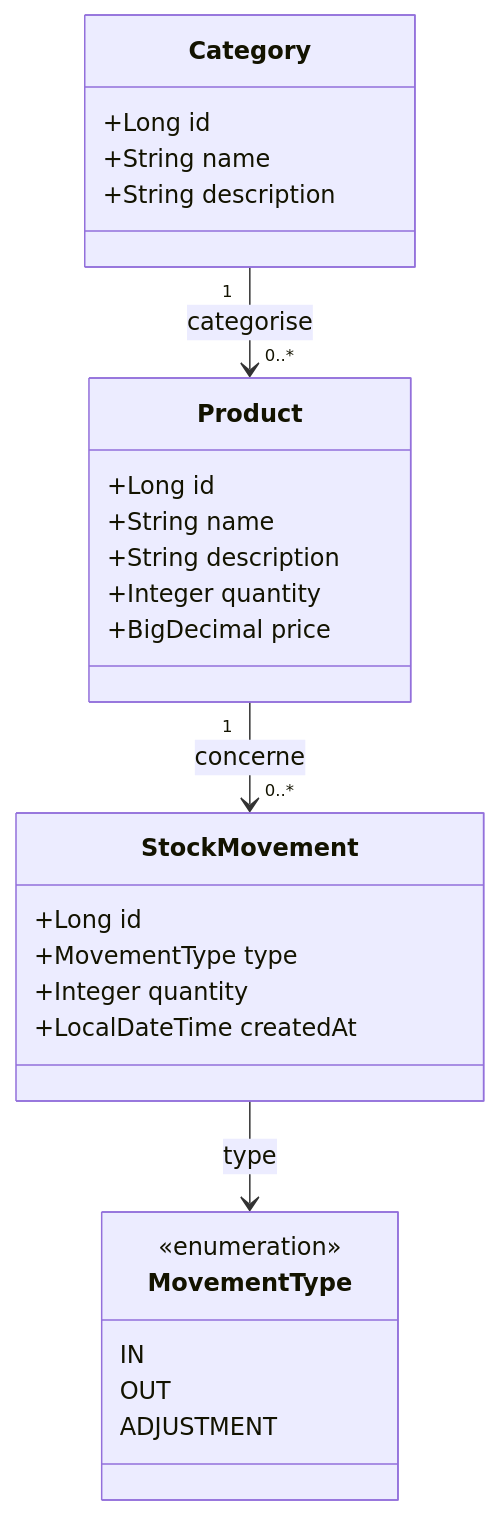
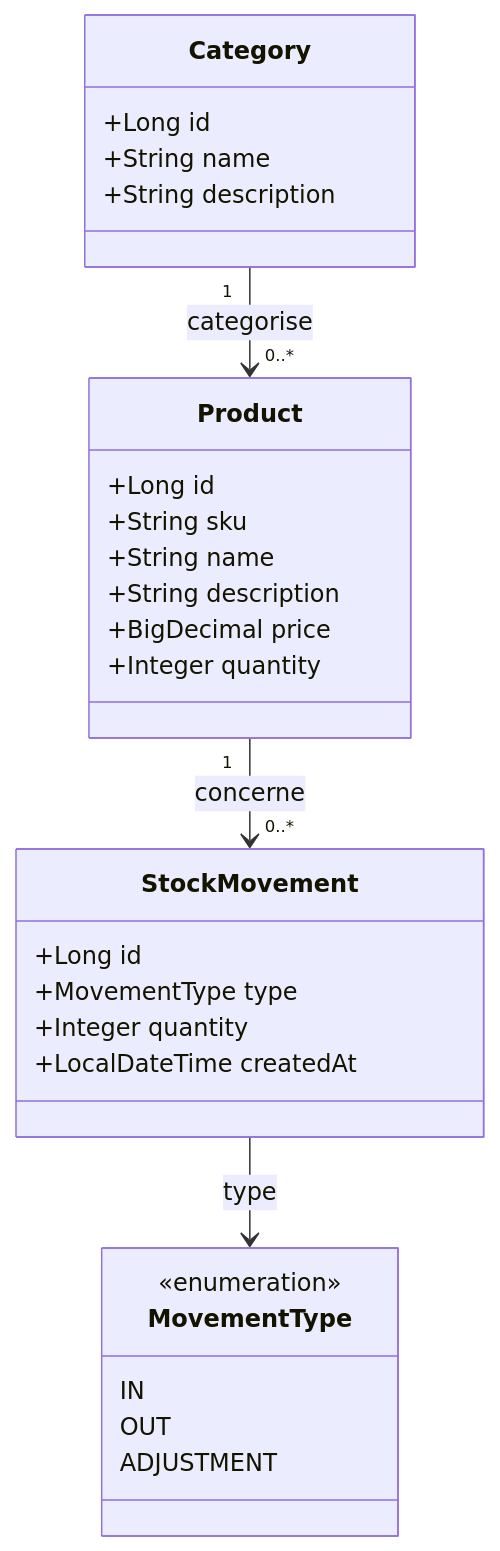
One commit to evann-pommier/StockPilot changed the second of 2 diagrams in README.md. Above: the diagram before and after it, drawn with Mermaid. The commit also changed other lines of this file and 1 other file, not shown here.

Commit message:
docs: README complet (architecture, API, tests, pistes d'amélioration)

````diff
--- a/README.md
+++ b/README.md
@@ -89,34 +67,31 @@
 ```mermaid
 classDiagram
     class Product {
         +Long id
+        +String sku
         +String name
         +String description
+        +BigDecimal price
         +Integer quantity
-        +BigDecimal price
     }
-
     class Category {
         +Long id
         +String name
         +String description
     }
-
     class StockMovement {
         +Long id
         +MovementType type
         +Integer quantity
         +LocalDateTime createdAt
     }
-
     class MovementType {
         <<enumeration>>
         IN
         OUT
         ADJUSTMENT
     }
-
     Category "1" --> "0..*" Product : categorise
     Product "1" --> "0..*" StockMovement : concerne
     StockMovement --> MovementType : type
 ```
````
